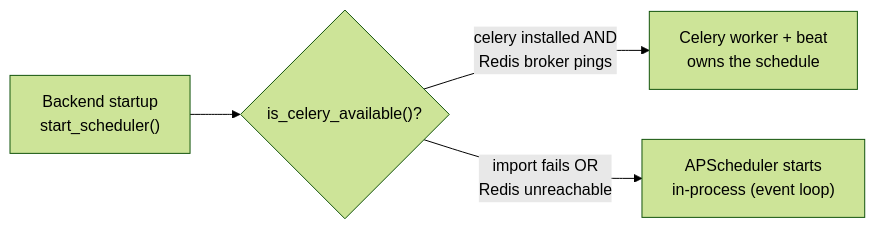
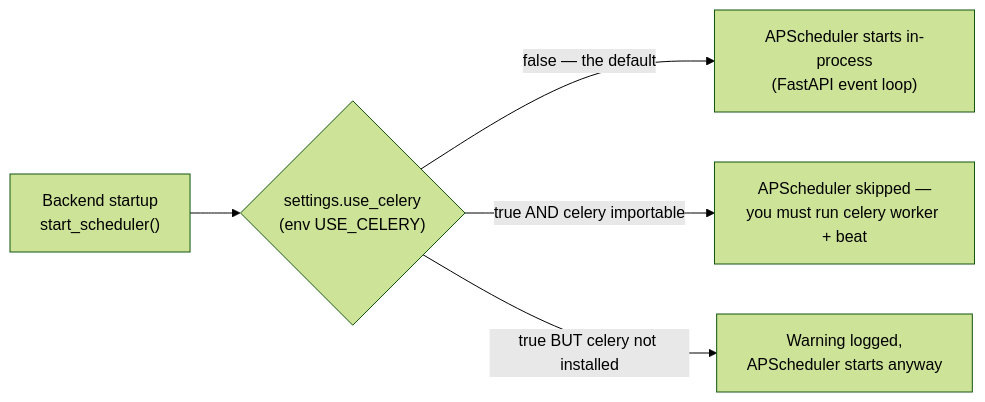
One commit to ankitkumar9018/FinanceTracking changed the second of 3 diagrams in docs/deployment.md. Above: the diagram before and after it, drawn with Mermaid (forest theme). The commit also changed other lines of this file and 48 other files, not shown here.

First line of the commit message:
Fix audit findings: accessibility, UX flows, render performance, docs accuracy

````diff
--- a/docs/deployment.md
+++ b/docs/deployment.md
@@ -251,6 +270,7 @@
 ```mermaid
 flowchart LR
-    start["Backend startup<br/>start_scheduler()"] --> check{"is_celery_available()?"}
-    check -->|"celery installed AND<br/>Redis broker pings"| celery["Celery worker + beat<br/>owns the schedule"]
-    check -->|"import fails OR<br/>Redis unreachable"| aps["APScheduler starts<br/>in-process (event loop)"]
+    start["Backend startup<br/>start_scheduler()"] --> check{"settings.use_celery<br/>(env USE_CELERY)"}
+    check -->|"false — the default"| aps["APScheduler starts in-process<br/>(FastAPI event loop)"]
+    check -->|"true AND celery importable"| celery["APScheduler skipped —<br/>you must run celery worker + beat"]
+    check -->|"true BUT celery not installed"| warn["Warning logged,<br/>APScheduler starts anyway"]
 ```
````
